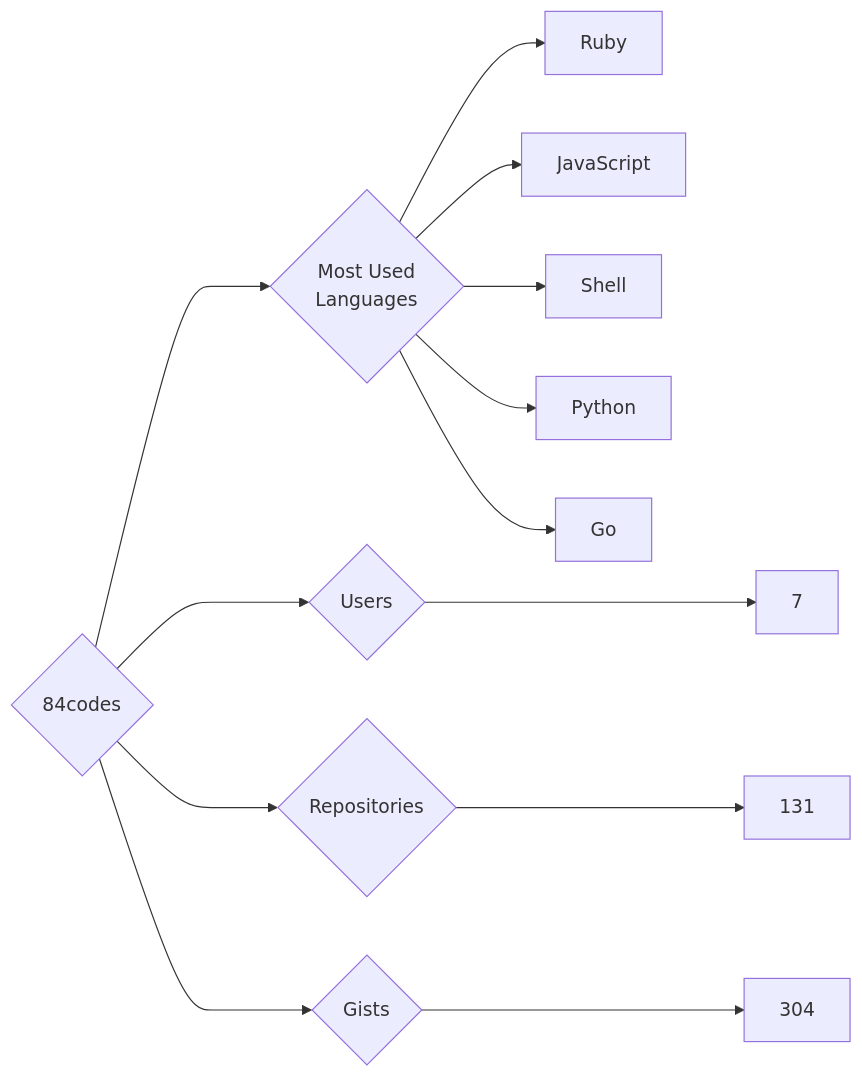
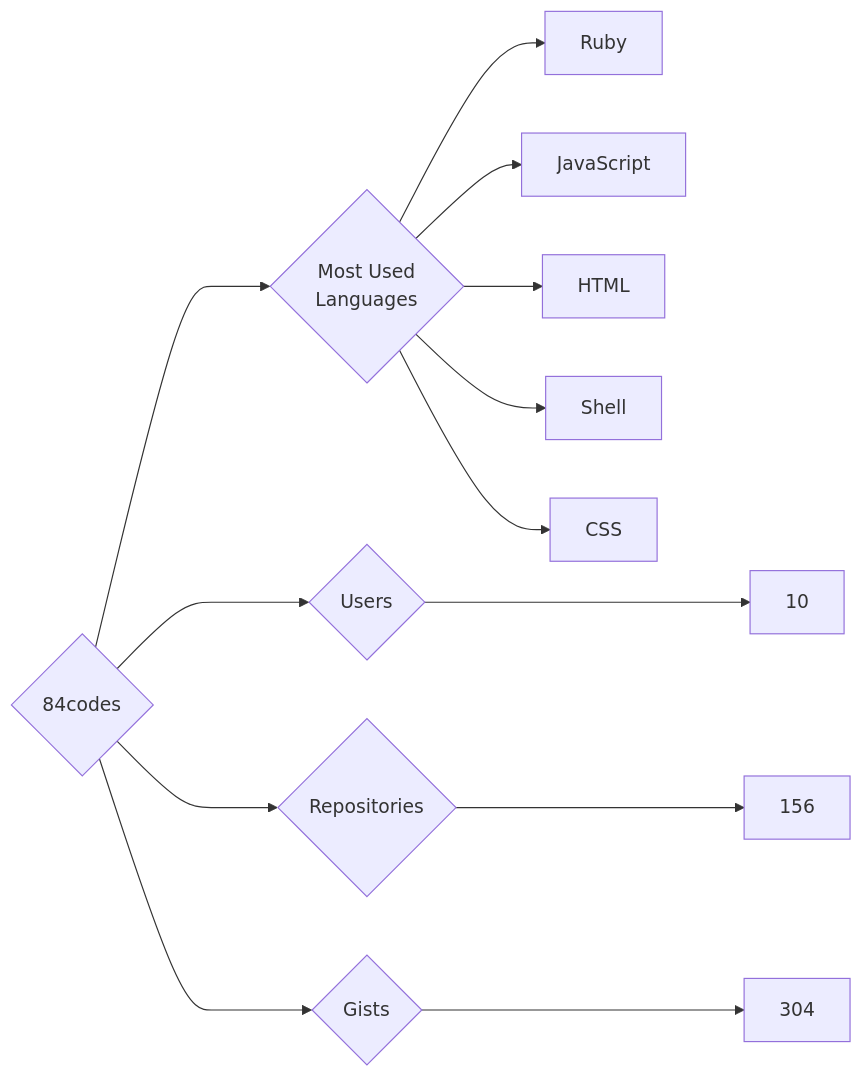
Before and after one commit to trickest/insiders: the diagram in targets/84codes/README.md, drawn with Mermaid. The commit also changed 930 other files, not shown here.

````diff
--- a/targets/84codes/README.md
+++ b/targets/84codes/README.md
@@ -3,13 +3,13 @@
 ```mermaid
 graph LR
 COMPANY_NAME{84codes}
-COMPANY_NAME ---> U{Users} ---> UN[7]
-COMPANY_NAME ---> R{Repositories} ---> RN[131]
+COMPANY_NAME ---> U{Users} ---> UN[10]
+COMPANY_NAME ---> R{Repositories} ---> RN[156]
 COMPANY_NAME ---> G{Gists} ---> GN[304]
 COMPANY_NAME ---> ML{Most Used<br>Languages}
 ML --> Ruby[Ruby]
 ML --> JavaScript[JavaScript]
+ML --> HTML[HTML]
 ML --> Shell[Shell]
-ML --> Python[Python]
-ML --> Go[Go]
+ML --> CSS[CSS]
 ```
````
